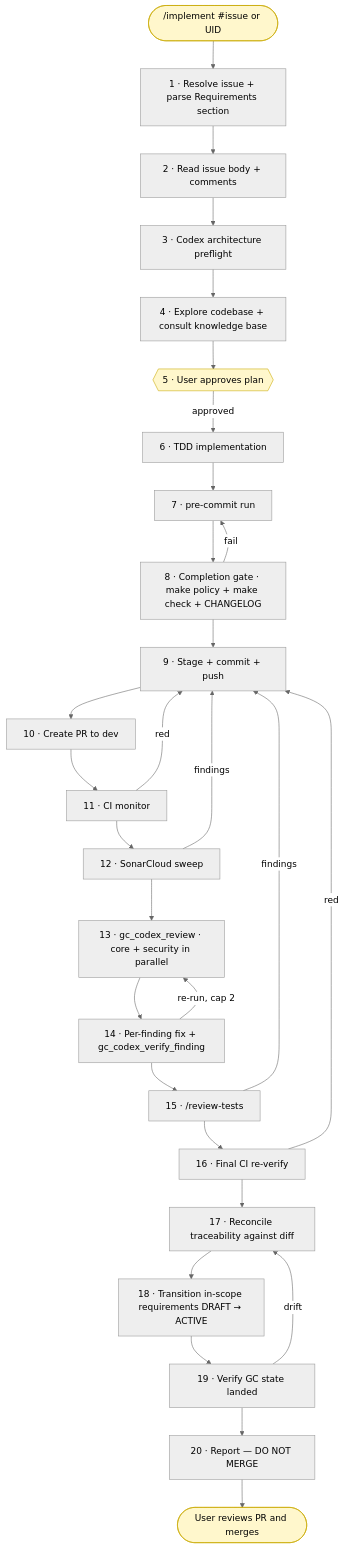
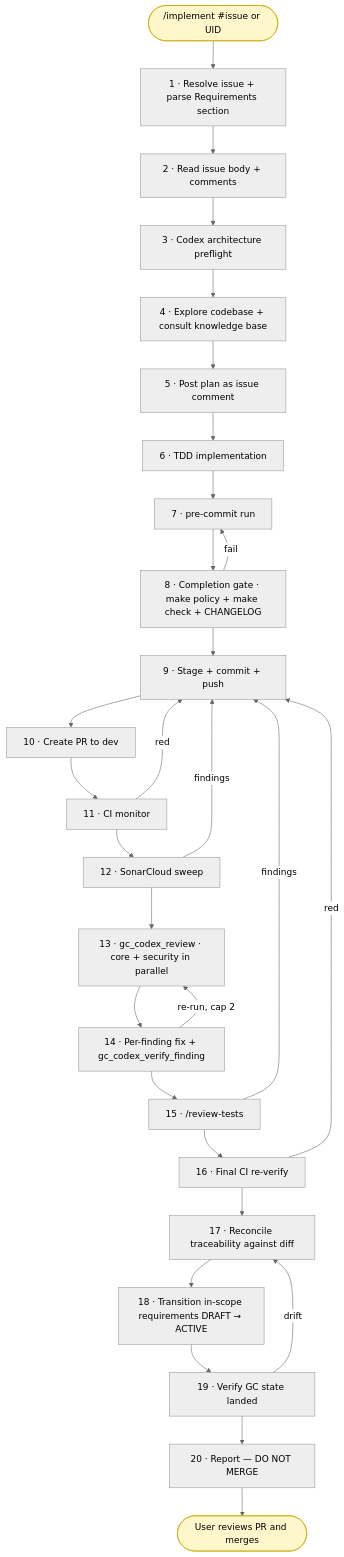
The diagram in docs/DEVELOPMENT_WORKFLOW.md (KeplerOps/Ground-Control), drawn with Mermaid (neutral theme) before and after one commit. The commit also changed other lines of this file and 5 other files, not shown here.

````diff
--- a/docs/DEVELOPMENT_WORKFLOW.md
+++ b/docs/DEVELOPMENT_WORKFLOW.md
@@ -62,58 +60,58 @@
 ```mermaid
 flowchart TB
   Start([/implement #issue or UID])
   S1[1 · Resolve issue + parse Requirements section]
   S2[2 · Read issue body + comments]
   S3[3 · Codex architecture preflight]
   S4[4 · Explore codebase + consult knowledge base]
-  S5{{5 · User approves plan}}
+  S5[5 · Post plan as issue comment]
   S6[6 · TDD implementation]
   S7[7 · pre-commit run]
   S8[8 · Completion gate · make policy + make check + CHANGELOG]
   S9[9 · Stage + commit + push]
   S10[10 · Create PR to dev]
   S11[11 · CI monitor]
   S12[12 · SonarCloud sweep]
   S13[13 · gc_codex_review · core + security in parallel]
   S14[14 · Per-finding fix + gc_codex_verify_finding]
   S15[15 · /review-tests]
   S16[16 · Final CI re-verify]
   S17[17 · Reconcile traceability against diff]
   S18[18 · Transition in-scope requirements DRAFT → ACTIVE]
   S19[19 · Verify GC state landed]
   S20[20 · Report — DO NOT MERGE]
   End([User reviews PR and merges])
 
   Start --> S1
   S1 --> S2
   S2 --> S3
   S3 --> S4
   S4 --> S5
-  S5 -->|approved| S6
+  S5 --> S6
   S6 --> S7
   S7 --> S8
   S8 --> S9
   S9 --> S10
   S10 --> S11
   S11 --> S12
   S12 --> S13
   S13 --> S14
   S14 --> S15
   S15 --> S16
   S16 --> S17
   S17 --> S18
   S18 --> S19
   S19 --> S20
   S20 --> End
 
   S8 -->|fail| S7
   S11 -->|red| S9
   S12 -->|findings| S9
   S14 -->|re-run, cap 2| S13
   S15 -->|findings| S9
   S16 -->|red| S9
   S19 -->|drift| S17
 
   classDef user fill:#fff7cc,stroke:#c9a900,color:#000
-  class S5,Start,End user
+  class Start,End user
 ```
````
